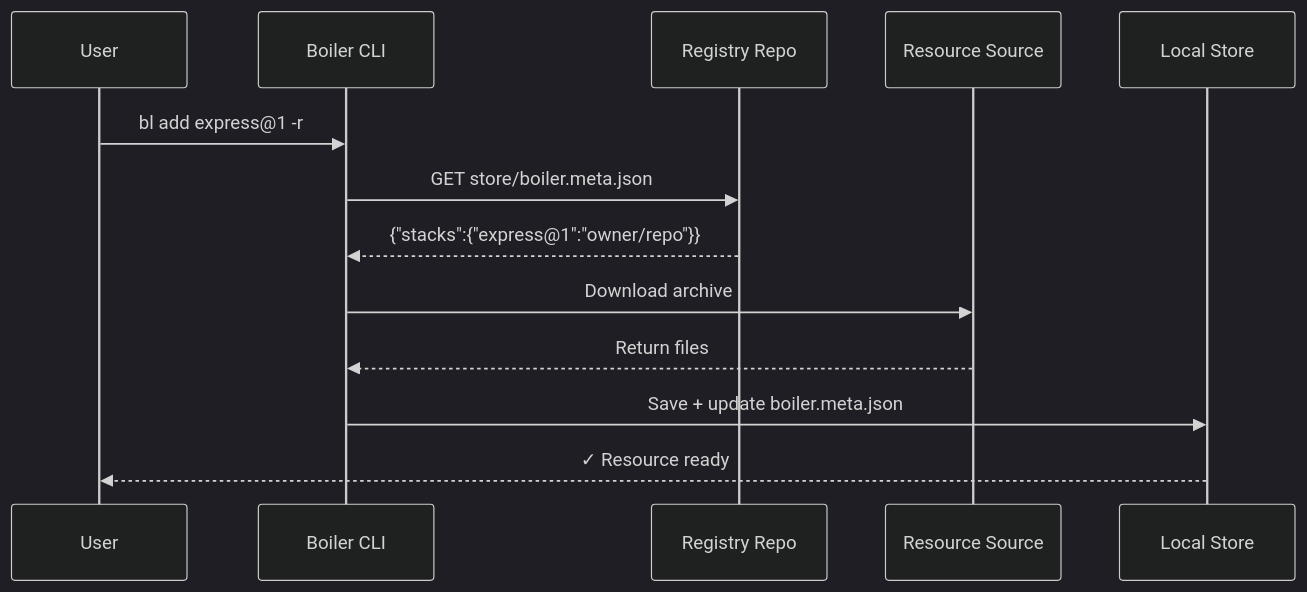
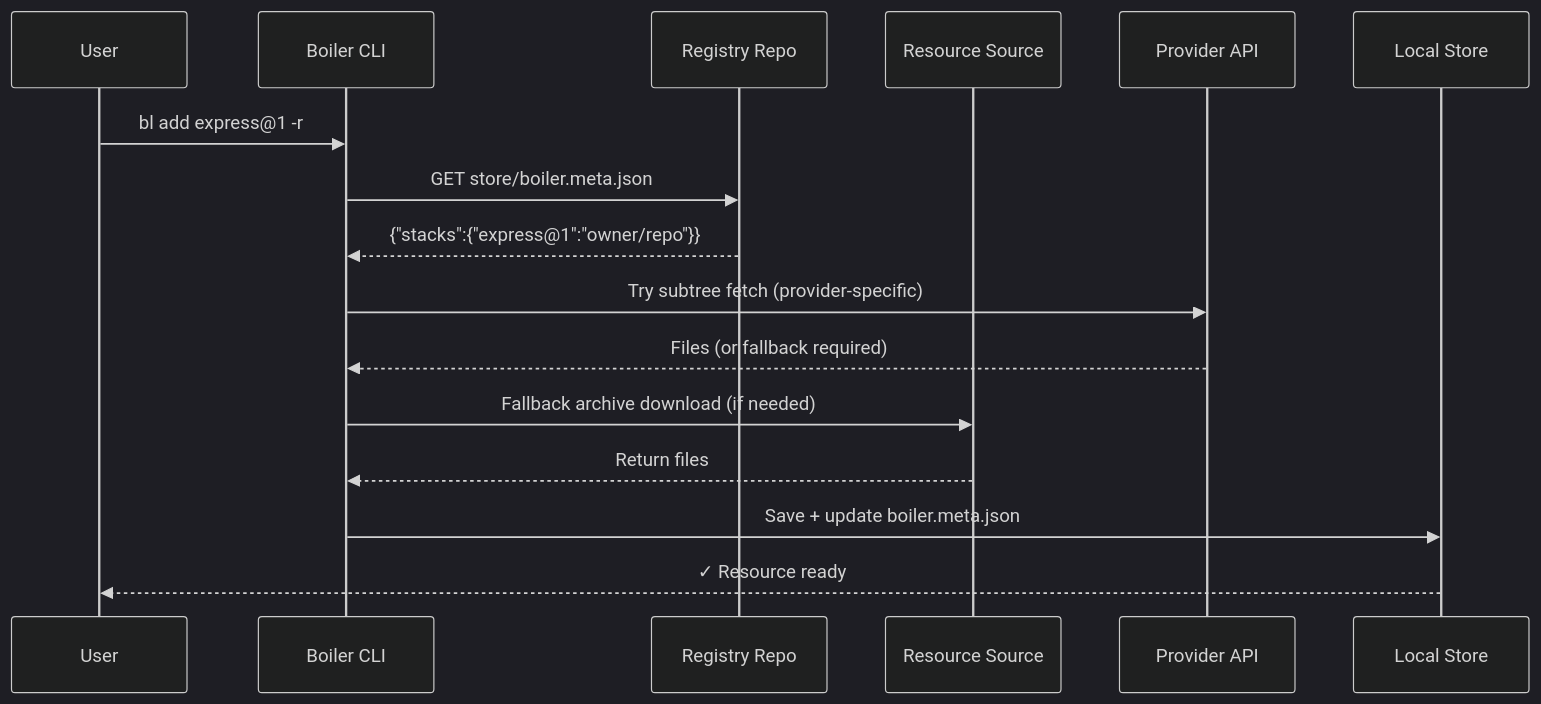
One commit to Rishiyaduwanshi/boiler changed the second of 2 diagrams in web/src/content/docs/guides/remote-fetching.mdx. Above: the diagram before and after it, drawn with Mermaid (dark theme). The commit also changed other lines of this file and 1 other file, not shown here.

Commit message:
docs: align use syntax and remote fetch flow details

````diff
--- a/web/src/content/docs/guides/remote-fetching.mdx
+++ b/web/src/content/docs/guides/remote-fetching.mdx
@@ -161,16 +161,19 @@
 ```mermaid
 sequenceDiagram
   participant User
   participant CLI as Boiler CLI
   participant Registry as Registry Repo
   participant Source as Resource Source
+  participant API as Provider API
   participant Store as Local Store
 
   User->>CLI: bl add express@1 -r
   CLI->>Registry: GET store/boiler.meta.json
   Registry-->>CLI: {"stacks":{"express@1":"owner/repo"}}
-  CLI->>Source: Download archive
+  CLI->>API: Try subtree fetch (provider-specific)
+  API-->>CLI: Files (or fallback required)
+  CLI->>Source: Fallback archive download (if needed)
   Source-->>CLI: Return files
   CLI->>Store: Save + update boiler.meta.json
   Store-->>User: ✓ Resource ready
 ```
````
